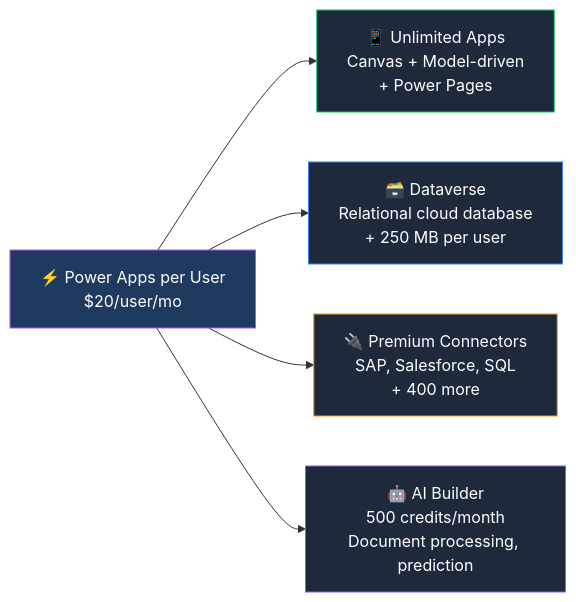
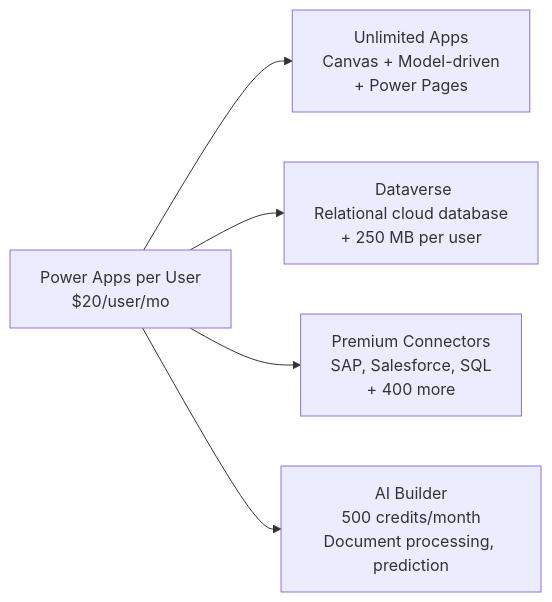
The diagram in content/licensing/power-apps-per-user.md (susanthgit/aguidetocloud-revamp), drawn with Mermaid before and after one commit. The commit also changed 553 other files, not shown here.

First line of the commit message:
🌸 Z17: Zen Mermaid diagrams — Stripe Docs style

````diff
--- a/content/licensing/power-apps-per-user.md
+++ b/content/licensing/power-apps-per-user.md
@@ -39,17 +39,12 @@
 ```mermaid
 flowchart LR
-    PA["⚡ Power Apps per User\n$20/user/mo"]
-    APPS["📱 Unlimited Apps\nCanvas + Model-driven\n+ Power Pages"]
-    DATA["🗃️ Dataverse\nRelational cloud database\n+ 250 MB per user"]
-    CONN["🔌 Premium Connectors\nSAP, Salesforce, SQL\n+ 400 more"]
-    AI["🤖 AI Builder\n500 credits/month\nDocument processing, prediction"]
+    PA["Power Apps per User<br/>$20/user/mo"]
+    APPS["Unlimited Apps<br/>Canvas + Model-driven<br/>+ Power Pages"]
+    DATA["️ Dataverse<br/>Relational cloud database<br/>+ 250 MB per user"]
+    CONN["Premium Connectors<br/>SAP, Salesforce, SQL<br/>+ 400 more"]
+    AI["AI Builder<br/>500 credits/month<br/>Document processing, prediction"]
     PA --> APPS
     PA --> DATA
     PA --> CONN
     PA --> AI
-    style PA fill:#1e3a5f,stroke:#a855f7,color:#ffffff
-    style APPS fill:#1e293b,stroke:#22c55e,color:#ffffff
-    style DATA fill:#1e293b,stroke:#3b82f6,color:#ffffff
-    style CONN fill:#1e293b,stroke:#f59e0b,color:#ffffff
-    style AI fill:#1e293b,stroke:#8b5cf6,color:#ffffff
 ```
````
